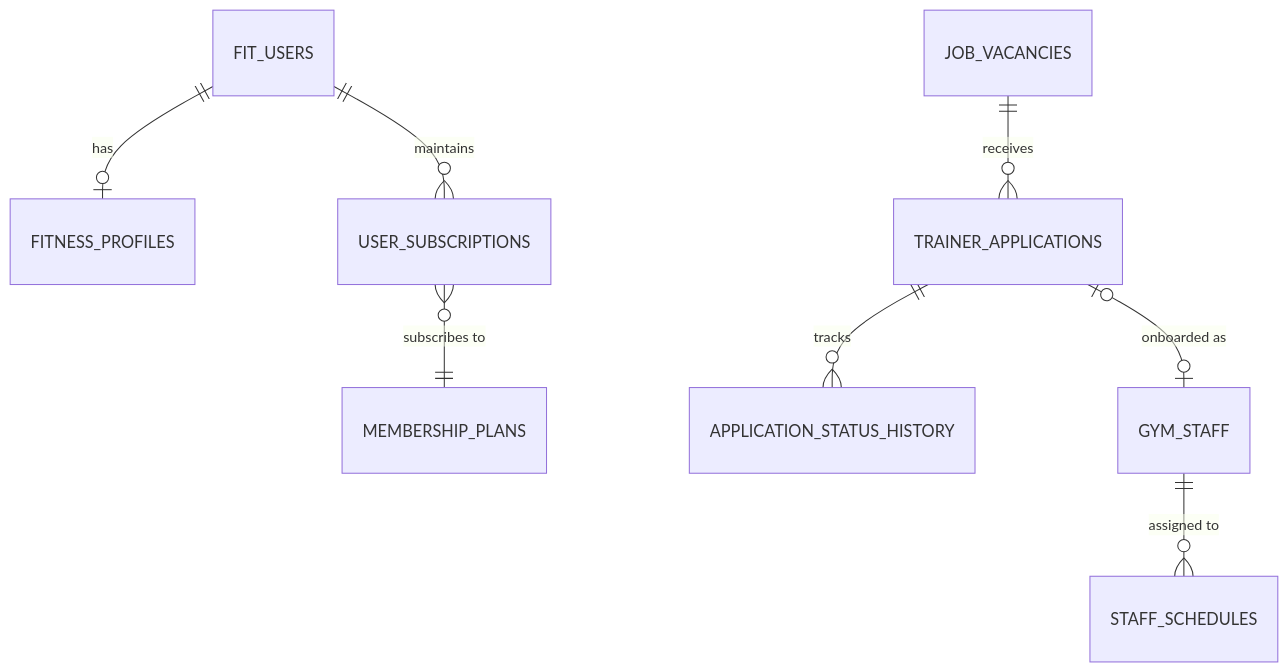
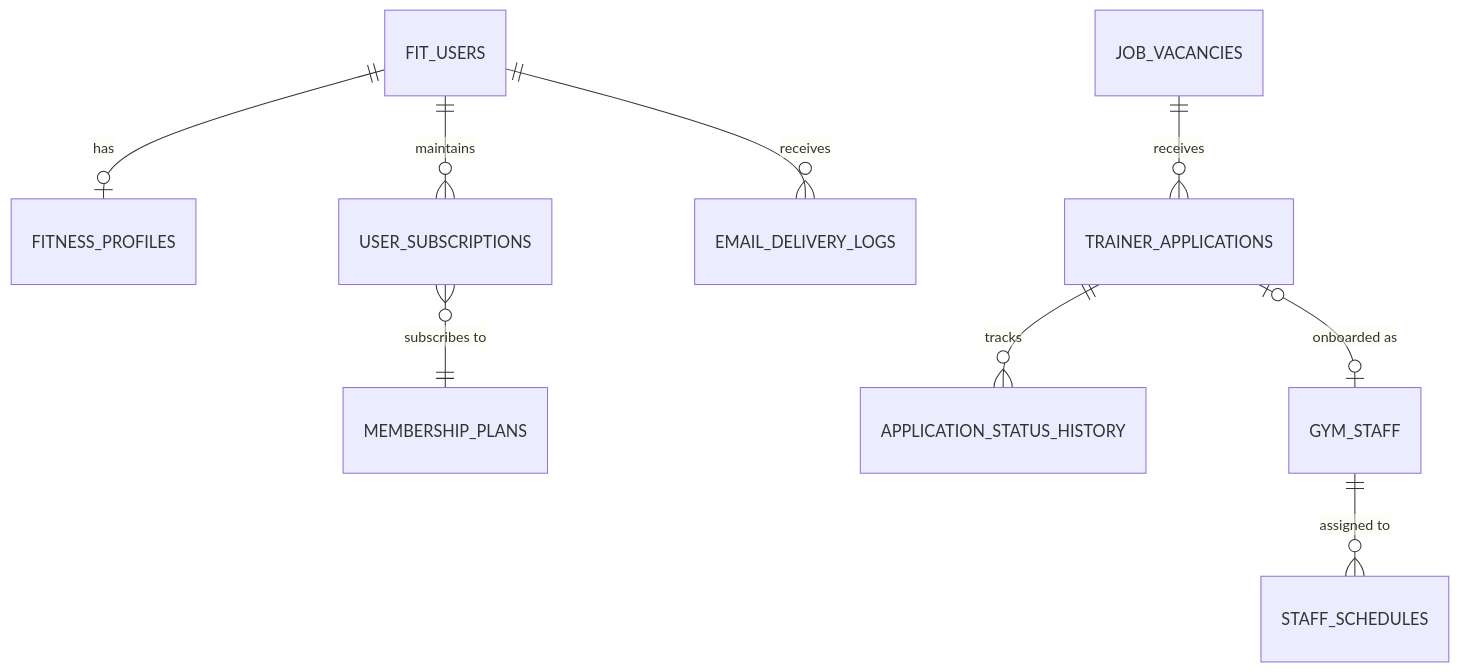
Before and after one commit to Darshan-yadav-45/Gym-Management-System: the diagram in README.md, drawn with Mermaid. The commit also changed other lines of this file and 11 other files, not shown here.

````diff
--- a/README.md
+++ b/README.md
@@ -161,10 +140,11 @@
 ```mermaid
 erDiagram
     FIT_USERS ||--o| FITNESS_PROFILES : "has"
     FIT_USERS ||--o{ USER_SUBSCRIPTIONS : "maintains"
     USER_SUBSCRIPTIONS }o--|| MEMBERSHIP_PLANS : "subscribes to"
     JOB_VACANCIES ||--o{ TRAINER_APPLICATIONS : "receives"
     TRAINER_APPLICATIONS ||--o{ APPLICATION_STATUS_HISTORY : "tracks"
     TRAINER_APPLICATIONS |o--o| GYM_STAFF : "onboarded as"
     GYM_STAFF ||--o{ STAFF_SCHEDULES : "assigned to"
+    FIT_USERS ||--o{ EMAIL_DELIVERY_LOGS : "receives"
 ```
````
